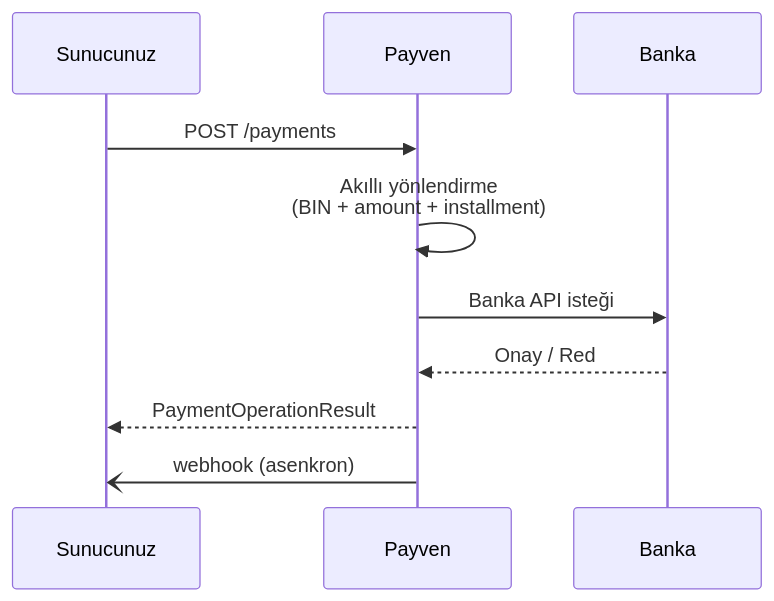
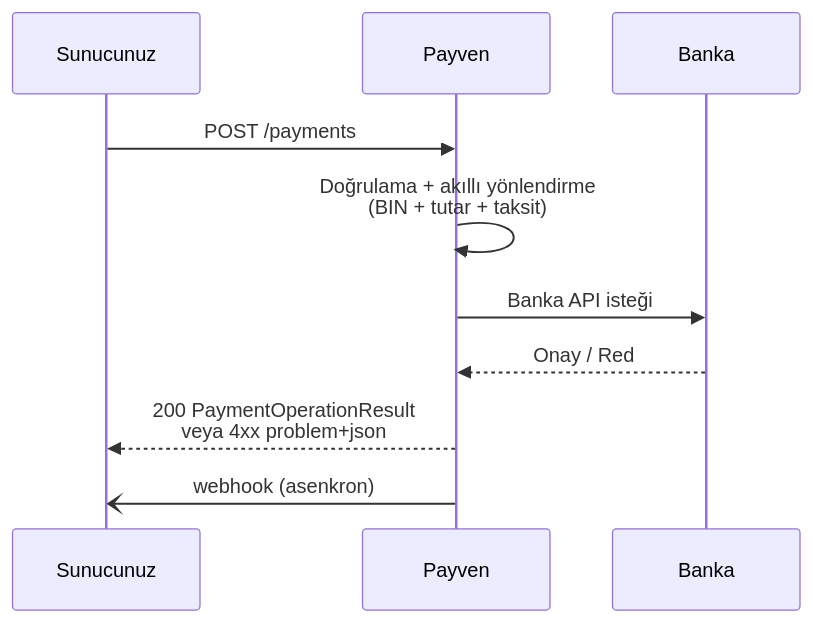
One commit to payment-pos/mintlify changed the first of 2 diagrams in sanal-pos/payments/non-3d.mdx. Above: the diagram before and after it, drawn with Mermaid. The commit also changed other lines of this file and 135 other files, not shown here.

````diff
--- a/sanal-pos/payments/non-3d.mdx
+++ b/sanal-pos/payments/non-3d.mdx
@@ -20,13 +22,13 @@
 ```mermaid
 sequenceDiagram
     participant App as Sunucunuz
     participant Payven
     participant Bank as Banka
 
     App->>Payven: POST /payments
-    Payven->>Payven: Akıllı yönlendirme<br/>(BIN + amount + installment)
+    Payven->>Payven: Doğrulama + akıllı yönlendirme<br/>(BIN + tutar + taksit)
     Payven->>Bank: Banka API isteği
     Bank-->>Payven: Onay / Red
-    Payven-->>App: PaymentOperationResult
+    Payven-->>App: 200 PaymentOperationResult<br/>veya 4xx problem+json
     Payven-)App: webhook (asenkron)
 ```
````
